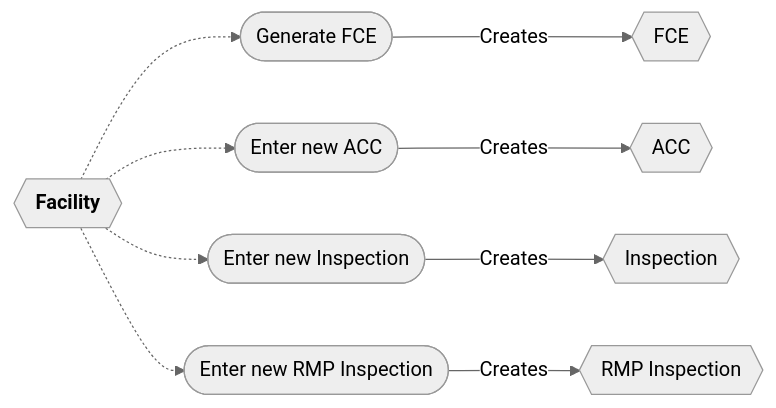
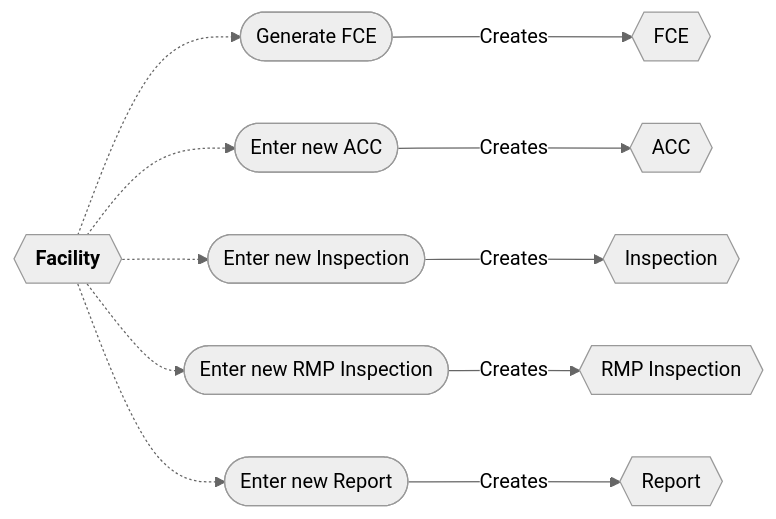
One commit to gaepdit/air-web changed the diagram in docs/Workflows/Facility-workflow.md. Above: the diagram before and after it, drawn with Mermaid (neutral theme). The commit also changed other lines of this file and 3 other files, not shown here.

````diff
--- a/docs/Workflows/Facility-workflow.md
+++ b/docs/Workflows/Facility-workflow.md
@@ -8,19 +9,22 @@
 ```mermaid
 flowchart LR
     FAC{{"`**Facility**`"}}
     FCE{{FCE}}
     ACC{{ACC}}
     INS{{Inspection}}
     RMP{{RMP Inspection}}
+    REP{{Report}}
 
     fce([Generate FCE])
     acc([Enter new ACC])
     ins([Enter new Inspection])
     rmp([Enter new RMP Inspection])
+    rep([Enter new Report])
 
     FAC -.-> fce -->|Creates| FCE
     FAC -.-> acc -->|Creates| ACC
     FAC -.-> ins -->|Creates| INS
     FAC -.-> rmp -->|Creates| RMP
+    FAC -.-> rep -->|Creates| REP
 
 ```
````
